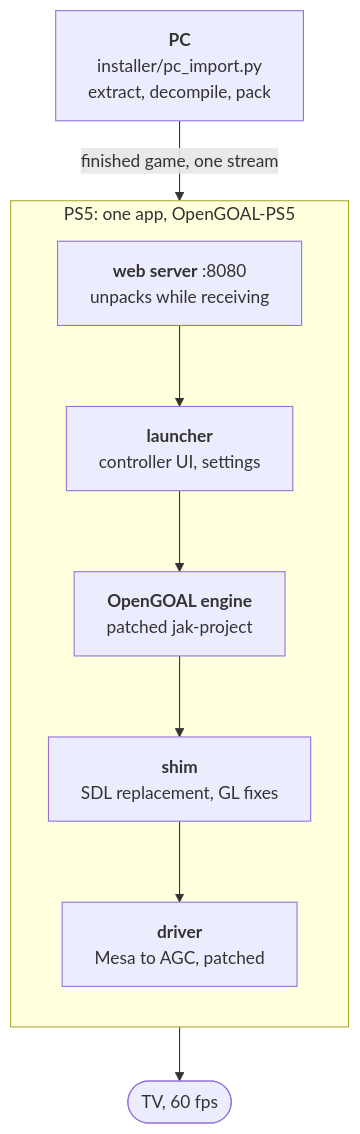
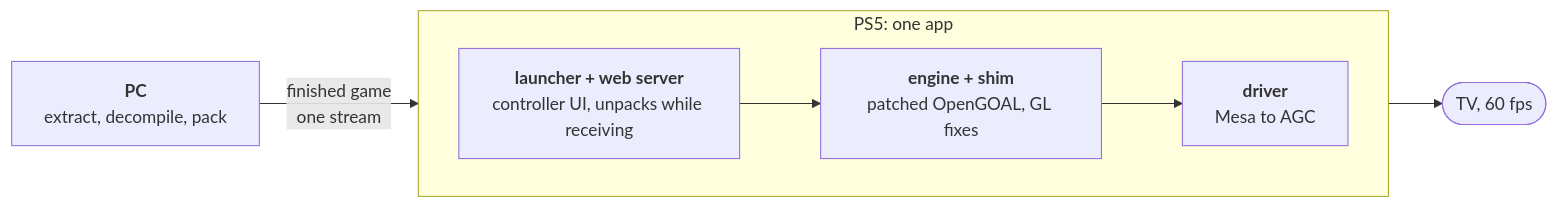
The diagram in README.md (0iy/opengoal-ps5), drawn with Mermaid before and after one commit. The commit also changed other lines of this file and 1 other file, not shown here.

Commit message:
README: full-width hero image, why-this-port comparison and a compact diagram

````diff
--- a/README.md
+++ b/README.md
@@ -88,12 +107,9 @@
 ```mermaid
-flowchart TB
-  PC["<b>PC</b><br/>installer/pc_import.py<br/>extract, decompile, pack"] -->|"finished game, one stream"| WEB
-  subgraph PS5["PS5: one app, OpenGOAL-PS5"]
-    direction TB
-    WEB["<b>web server</b> :8080<br/>unpacks while receiving"] --> LAUNCH["<b>launcher</b><br/>controller UI, settings"]
-    LAUNCH --> ENGINE["<b>OpenGOAL engine</b><br/>patched jak-project"]
-    ENGINE --> SHIM["<b>shim</b><br/>SDL replacement, GL fixes"]
-    SHIM --> DRV["<b>driver</b><br/>Mesa to AGC, patched"]
+flowchart LR
+  PC["<b>PC</b><br/>extract, decompile, pack"] -->|"finished game<br/>one stream"| APP
+  subgraph PS5["PS5: one app"]
+    direction LR
+    APP["<b>launcher + web server</b><br/>controller UI, unpacks while receiving"] --> ENG["<b>engine + shim</b><br/>patched OpenGOAL, GL fixes"] --> DRV["<b>driver</b><br/>Mesa to AGC"]
   end
   DRV --> TV(["TV, 60 fps"])
 ```
````
